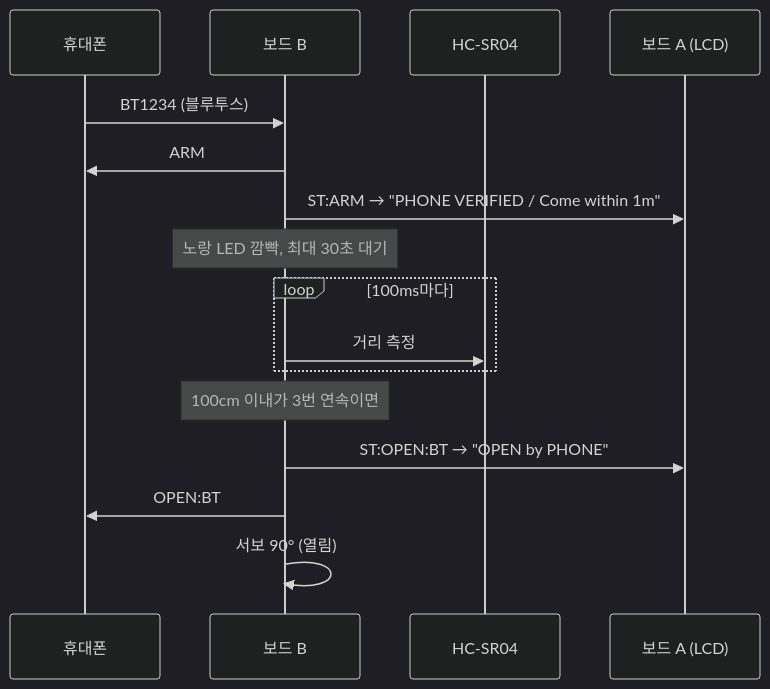
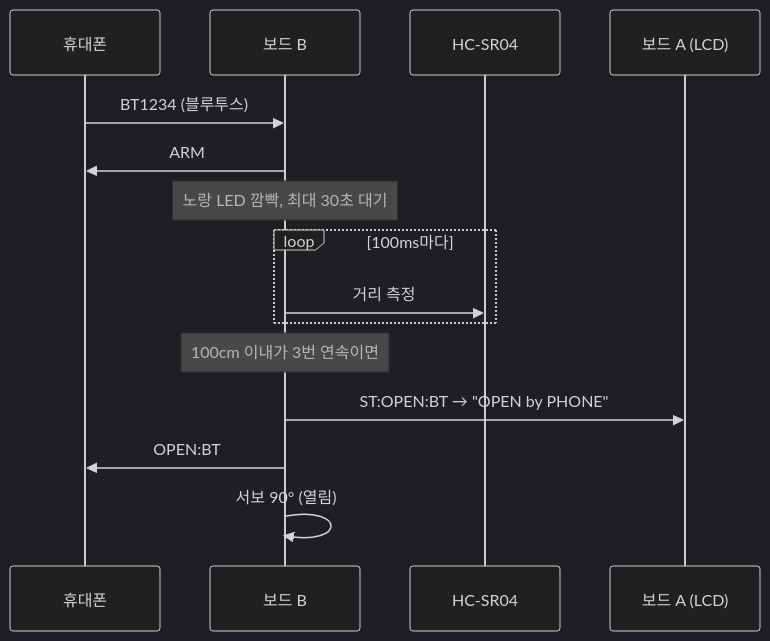
Before and after one commit to oceanstarlight/arduino-doorlock: the second of 2 diagrams in README.md, drawn with Mermaid (dark theme). The commit also changed other lines of this file and 4 other files, not shown here.

````diff
--- a/README.md
+++ b/README.md
@@ -79,18 +78,17 @@
 ```mermaid
 sequenceDiagram
   participant P as 휴대폰
   participant B as 보드 B
   participant S as HC-SR04
   participant A as 보드 A (LCD)
   P->>B: BT1234 (블루투스)
   B->>P: ARM
-  B->>A: ST:ARM → "PHONE VERIFIED / Come within 1m"
   Note over B: 노랑 LED 깜빡, 최대 30초 대기
   loop 100ms마다
     B->>S: 거리 측정
   end
   Note over B: 100cm 이내가 3번 연속이면
   B->>A: ST:OPEN:BT → "OPEN by PHONE"
   B->>P: OPEN:BT
   B->>B: 서보 90° (열림)
 ```
````
